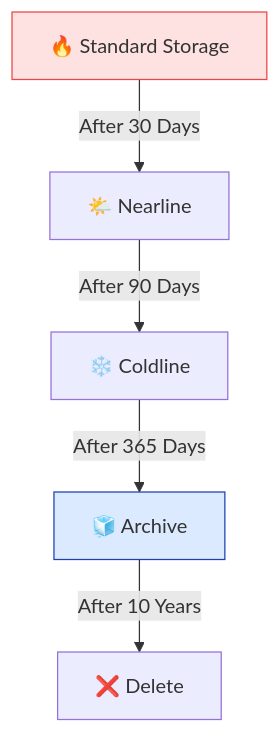
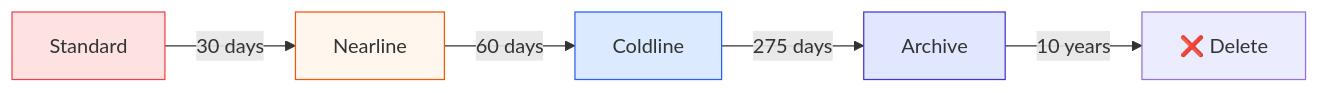
Before and after one commit to jyothivempa/gcp-study-plan: the first of 3 diagrams in curriculum/content/section_11_storage_advanced.md, drawn with Mermaid. The commit also changed other lines of this file and 84 other files, not shown here.

````diff
--- a/curriculum/content/section_11_storage_advanced.md
+++ b/curriculum/content/section_11_storage_advanced.md
@@ -24,10 +48,12 @@
 ```mermaid
-graph TD
-    Live[🔥 Standard Storage] -- "After 30 Days" --> Nearline[🌤️ Nearline]
-    Nearline -- "After 90 Days" --> Coldline[❄️ Coldline]
-    Coldline -- "After 365 Days" --> Archive[🧊 Archive]
-    Archive -- "After 10 Years" --> Delete[❌ Delete]
+flowchart LR
+    STD[Standard] -->|30 days| NL[Nearline]
+    NL -->|60 days| CL[Coldline]
+    CL -->|275 days| AR[Archive]
+    AR -->|10 years| DEL[❌ Delete]
     
-    style Live fill:#fee2e2,stroke:#ef4444
-    style Archive fill:#dbeafe,stroke:#1e40af
+    style STD fill:#fee2e2,stroke:#ef4444
+    style NL fill:#fff7ed,stroke:#ea580c
+    style CL fill:#dbeafe,stroke:#2563eb
+    style AR fill:#e0e7ff,stroke:#4338ca
 ```
````
